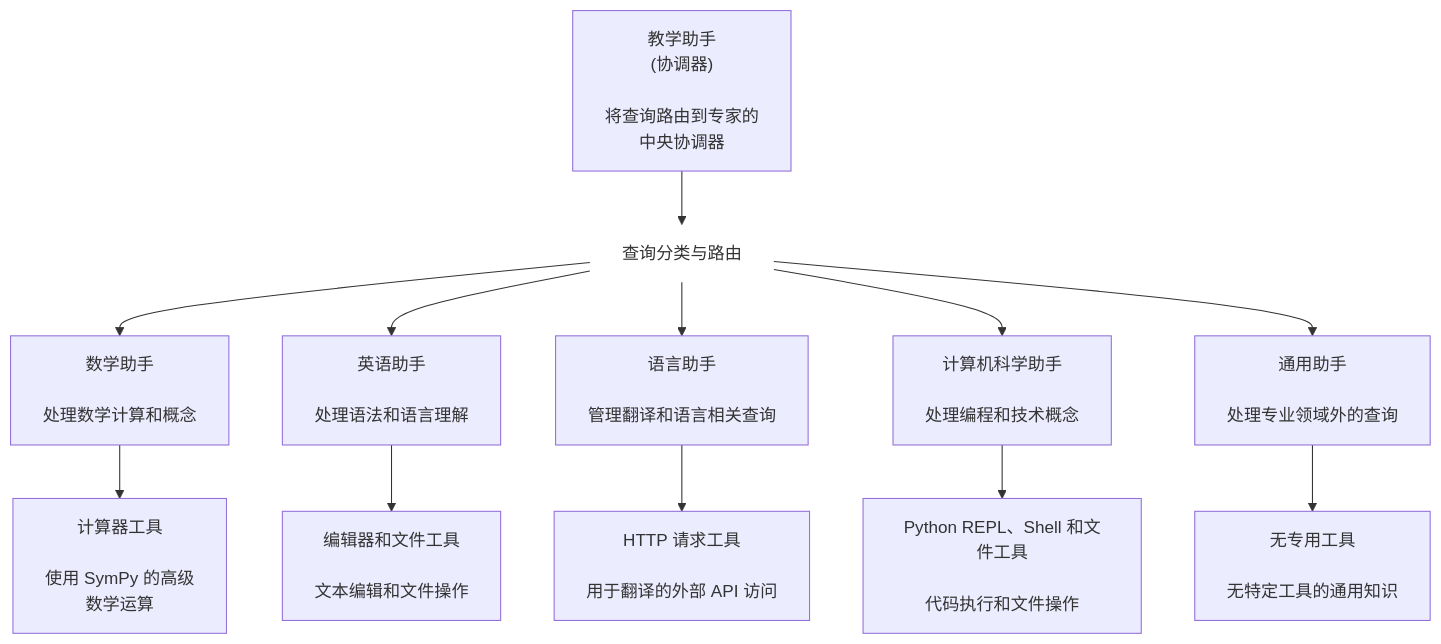
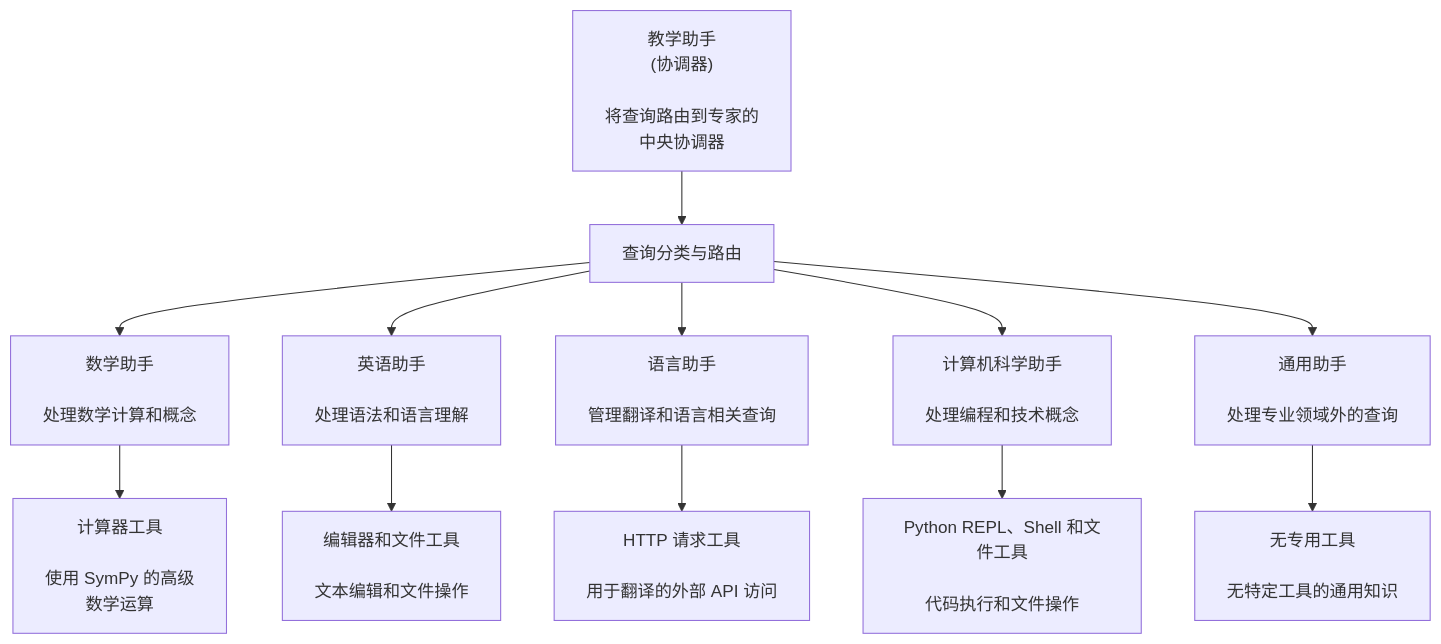
One commit to victorma0123/sample-strands-in-5-minutes changed the diagram in 05_strands_multi_agent/edu_assistant/README.md. Above: the diagram before and after it, drawn with Mermaid. The commit also changed other lines of this file and 20 other files, not shown here.

````diff
--- a/05_strands_multi_agent/edu_assistant/README.md
+++ b/05_strands_multi_agent/edu_assistant/README.md
@@ -74,21 +75,22 @@
 ```mermaid
+
+
 flowchart TD
     Orchestrator["教学助手<br/>(协调器)<br/><br/>将查询路由到专家的<br/>中央协调器"]
     
     QueryRouting["查询分类与路由"]:::hidden
     
     Orchestrator --> QueryRouting
     QueryRouting --> MathAssistant["数学助手<br/><br/>处理数学计算和概念"]
     QueryRouting --> EnglishAssistant["英语助手<br/><br/>处理语法和语言理解"]
     QueryRouting --> LangAssistant["语言助手<br/><br/>管理翻译和语言相关查询"]
     QueryRouting --> CSAssistant["计算机科学助手<br/><br/>处理编程和技术概念"]
     QueryRouting --> GenAssistant["通用助手<br/><br/>处理专业领域外的查询"]
     
     MathAssistant --> CalcTool["计算器工具<br/><br/>使用 SymPy 的高级<br/>数学运算"]
     EnglishAssistant --> EditorTools["编辑器和文件工具<br/><br/>文本编辑和文件操作"]
     LangAssistant --> HTTPTool["HTTP 请求工具<br/><br/>用于翻译的外部 API 访问"]
     CSAssistant --> CSTool["Python REPL、Shell 和文件工具<br/><br/>代码执行和文件操作"]
     GenAssistant --> NoTools["无专用工具<br/><br/>无特定工具的通用知识"]
     
-    classDef hidden stroke-width:0px,fill:none
 ``` 
````
